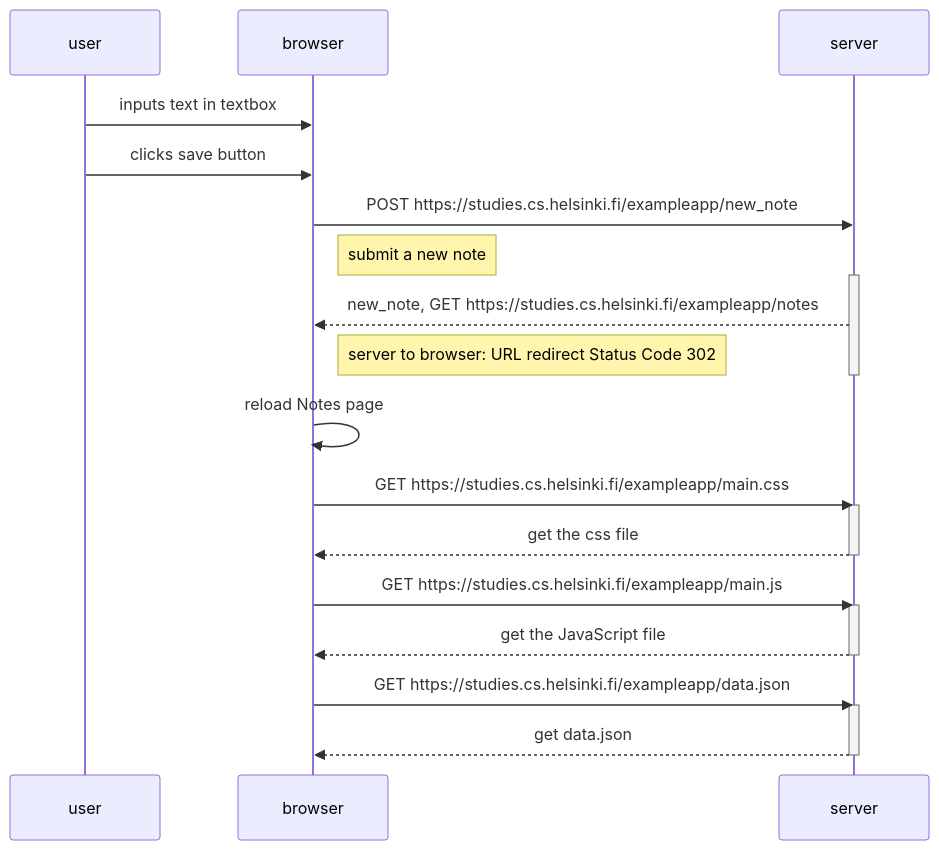
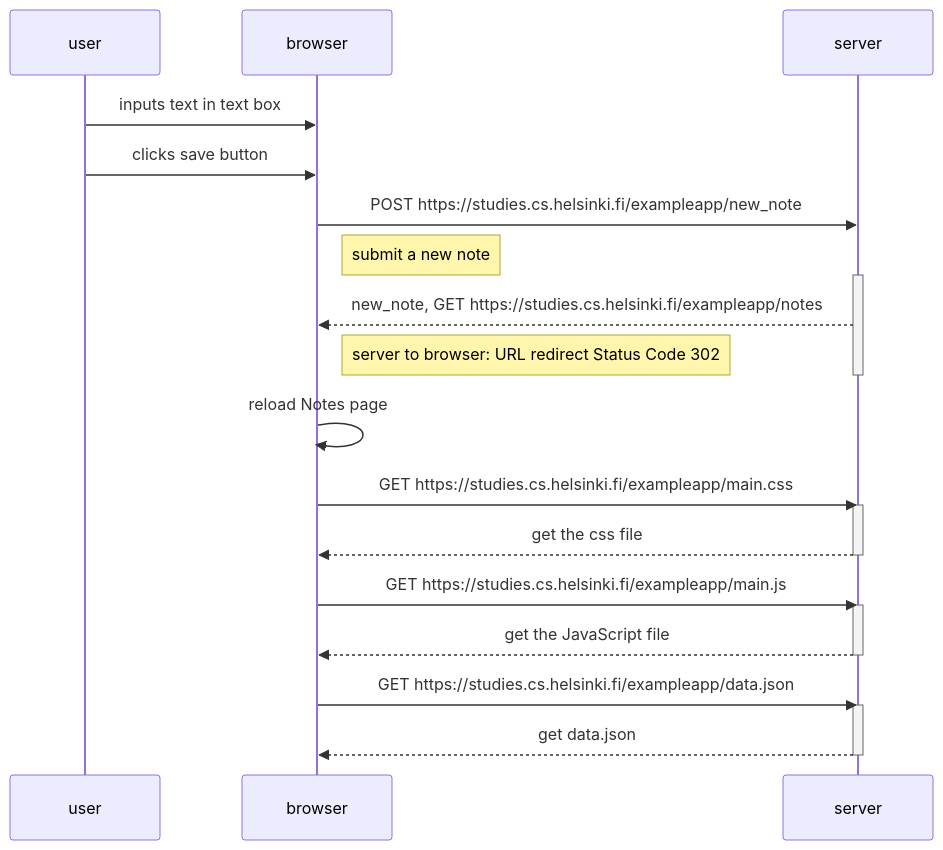
The diagram in part0/04_notediagram.md (angwenfelicia/fullstackopen), drawn with Mermaid before and after one commit.

````diff
--- a/part0/04_notediagram.md
+++ b/part0/04_notediagram.md
@@ -3,35 +3,35 @@
 ```mermaid
 sequenceDiagram
     participant user
     participant browser
     participant server
 
-    user->>browser: inputs text in textbox
+    user->>browser: inputs text in text box
     user->>browser: clicks save button
 
 
     browser->>server: POST https://studies.cs.helsinki.fi/exampleapp/new_note
     Note right of browser: submit a new note
     activate server
     server-->>browser: new_note, GET https://studies.cs.helsinki.fi/exampleapp/notes
     Note right of browser: server to browser: URL redirect Status Code 302
     deactivate server
 
     browser->>browser: reload Notes page
 
     browser->>server: GET https://studies.cs.helsinki.fi/exampleapp/main.css
     activate server
     server-->>browser: get the css file
     deactivate server
 
     browser->>server: GET https://studies.cs.helsinki.fi/exampleapp/main.js
     activate server
     server-->>browser: get the JavaScript file
     deactivate server
 
     browser->>server: GET https://studies.cs.helsinki.fi/exampleapp/data.json
     activate server
     server-->>browser: get data.json
     deactivate server
 
 ```
````
